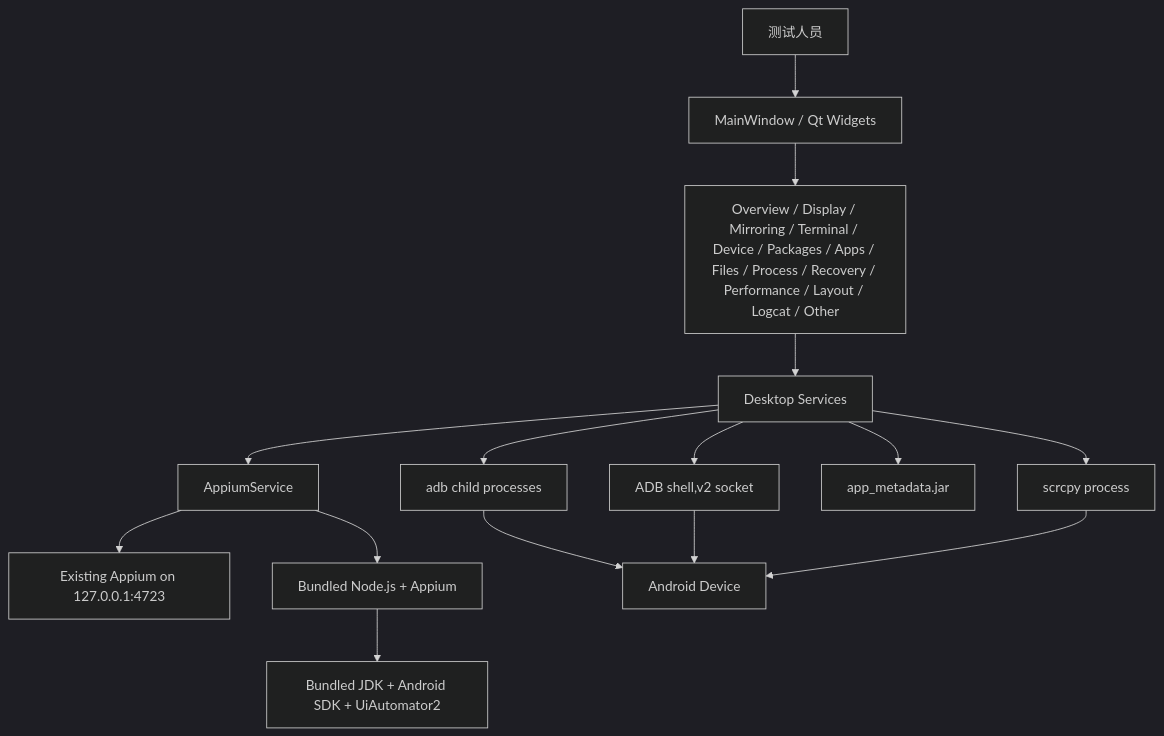
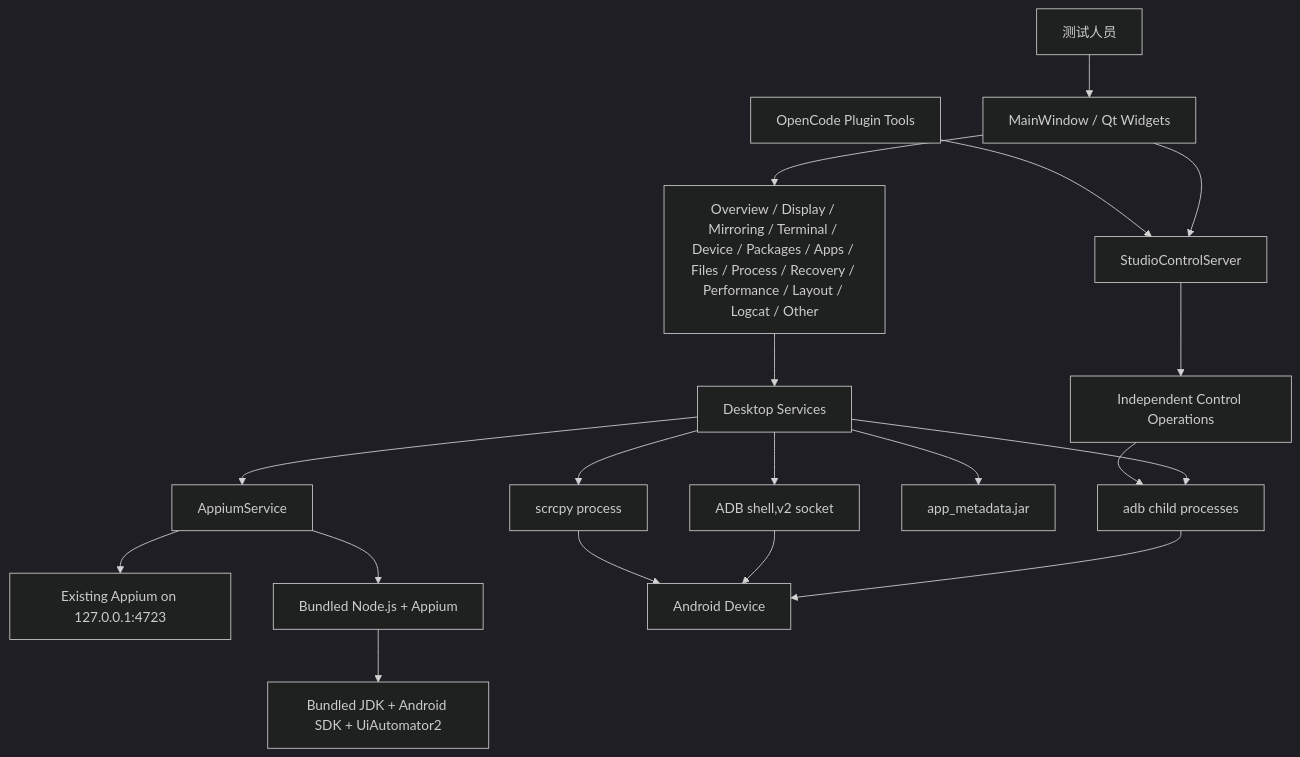
The first of 5 diagrams in docs/ARCHITECTURE.md (Zedex666/AI_Mobile_Test_Studio_Codex), drawn with Mermaid (dark theme) before and after one commit. The commit also changed other lines of this file and 42 other files, not shown here.

````diff
--- a/docs/ARCHITECTURE.md
+++ b/docs/ARCHITECTURE.md
@@ -19,17 +19,21 @@
 ```mermaid
 flowchart TB
     User["测试人员"] --> Main["MainWindow / Qt Widgets"]
     Main --> Pages["Overview / Display / Mirroring / Terminal / Device / Packages / Apps / Files / Process / Recovery / Performance / Layout / Logcat / Other"]
     Pages --> Services["Desktop Services"]
     Services --> AdbProcess["adb child processes"]
     Services --> AdbSocket["ADB shell,v2 socket"]
     Services --> Scrcpy["scrcpy process"]
     Services --> Metadata["app_metadata.jar"]
     Services --> AppiumService["AppiumService"]
+    Main --> ControlServer["StudioControlServer"]
+    OpenCodePlugin["OpenCode Plugin Tools"] --> ControlServer
+    ControlServer --> ControlOperations["Independent Control Operations"]
+    ControlOperations --> AdbProcess
     AppiumService --> ExistingAppium["Existing Appium on 127.0.0.1:4723"]
     AppiumService --> BundledAppium["Bundled Node.js + Appium"]
     BundledAppium --> BundledSdk["Bundled JDK + Android SDK + UiAutomator2"]
     AdbProcess --> Device["Android Device"]
     AdbSocket --> Device
     Scrcpy --> Device
 ```
````
